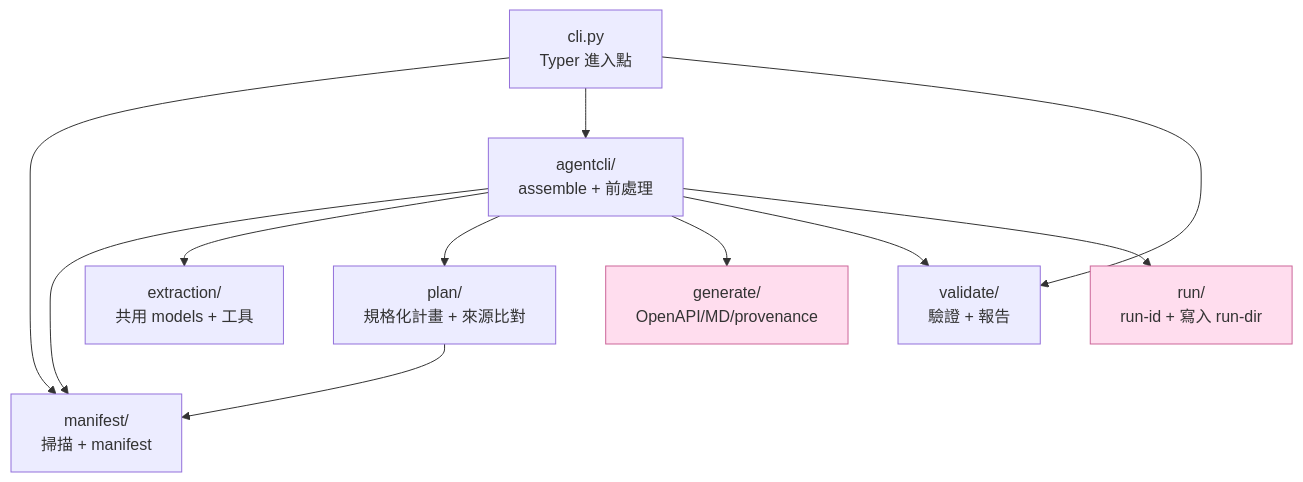
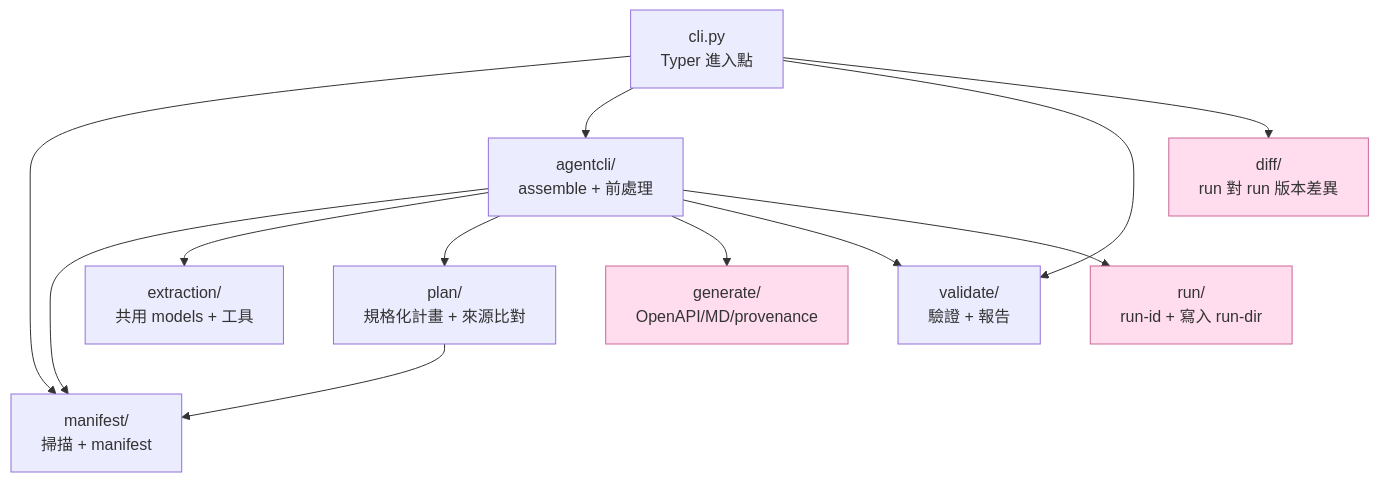
Before and after one commit to CarlLee1983/loop-apidoc: the second of 2 diagrams in docs/ARCHITECTURE.md, drawn with Mermaid. The commit also changed other lines of this file and 5 other files, not shown here.

First line of the commit message:
docs: [diff] 同步 diff 命令至 README/CLAUDE/ARCHITECTURE 與兩份 HTML 手冊

````diff
--- a/docs/ARCHITECTURE.md
+++ b/docs/ARCHITECTURE.md
@@ -48,20 +48,21 @@
 ```mermaid
 flowchart TD
     cli[cli.py<br/>Typer 進入點]
 
     cli --> manifest[manifest/<br/>掃描 + manifest]
     cli --> agentcli[agentcli/<br/>assemble + 前處理]
     cli --> validate[validate/<br/>驗證 + 報告]
+    cli --> diff[diff/<br/>run 對 run 版本差異]
 
     agentcli --> manifest
     agentcli --> extraction[extraction/<br/>共用 models + 工具]
     agentcli --> plan[plan/<br/>規格化計畫 + 來源比對]
     agentcli --> generate[generate/<br/>OpenAPI/MD/provenance]
     agentcli --> validate
     agentcli --> run[run/<br/>run-id + 寫入 run-dir]
 
     plan --> manifest
 
     classDef io fill:#fde,stroke:#c69
-    class generate,run io
+    class generate,run,diff io
 ```
````
